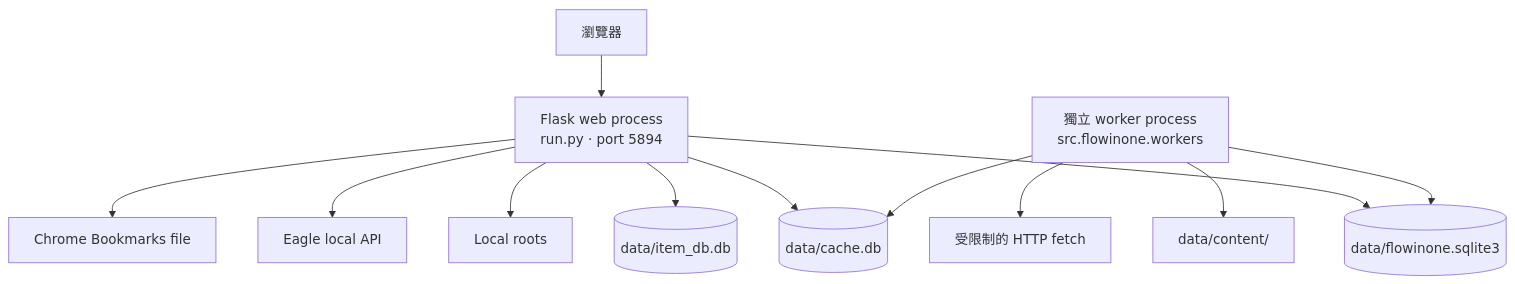
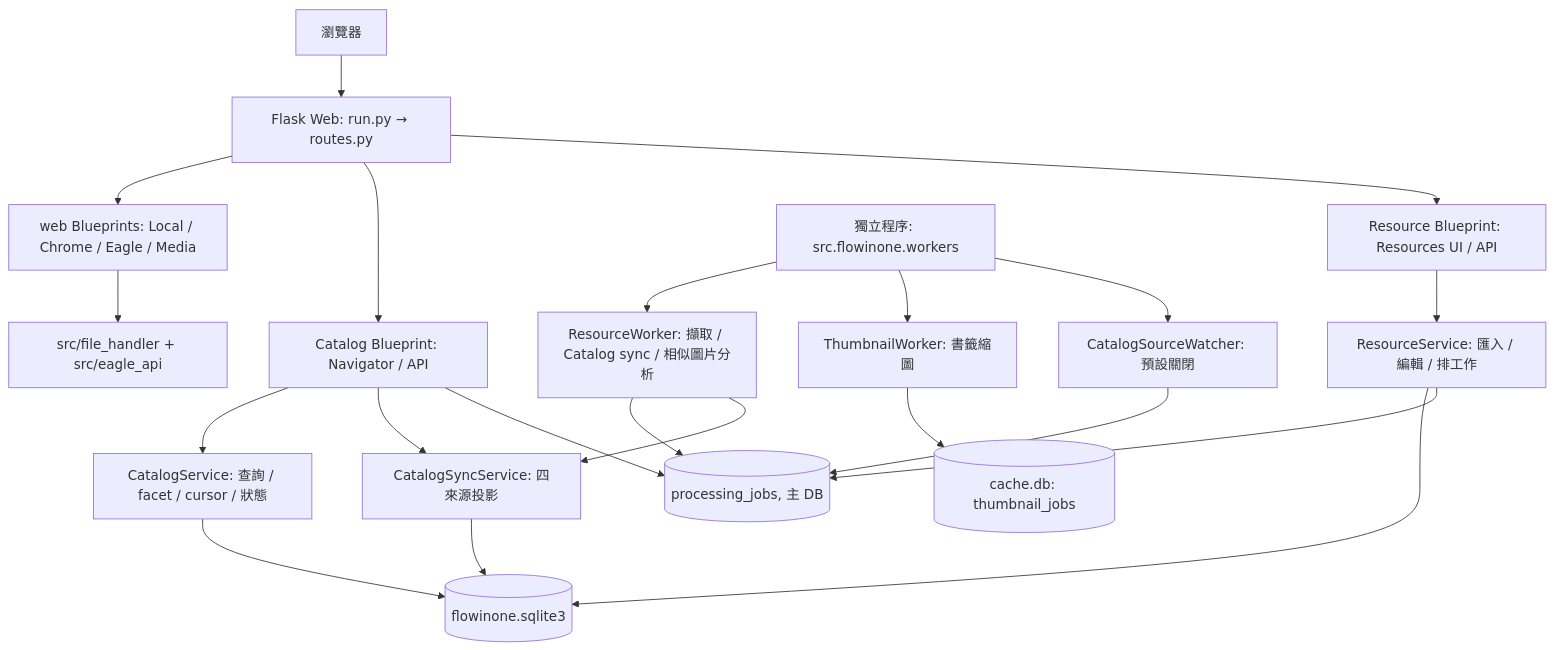
One commit to vecwise/Flowinone changed the second of 3 diagrams in docs/architecture.md. Above: the diagram before and after it, drawn with Mermaid. The commit also changed other lines of this file and 4 other files, not shown here.

````diff
--- a/docs/architecture.md
+++ b/docs/architecture.md
@@ -33,17 +57,25 @@
 ```mermaid
 flowchart TB
-  browser["瀏覽器"] --> web["Flask web process\nrun.py · port 5894"]
-  worker["獨立 worker process\nsrc.flowinone.workers"]
+  Browser["瀏覽器"] --> Flask["Flask Web: run.py → routes.py"]
+  Flask --> SourceBP["web Blueprints: Local / Chrome / Eagle / Media"]
+  Flask --> CatalogBP["Catalog Blueprint: Navigator / API"]
+  Flask --> ResourceBP["Resource Blueprint: Resources UI / API"]
 
-  web --> catalogdb[("data/flowinone.sqlite3")]
-  web --> itemdb[("data/item_db.db")]
-  web --> cachedb[("data/cache.db")]
-  worker --> catalogdb
-  worker --> cachedb
-  worker --> content["data/content/"]
+  SourceBP --> Adapters["src/file_handler + src/eagle_api"]
+  CatalogBP --> CatalogService["CatalogService: 查詢 / facet / cursor / 狀態"]
+  CatalogBP --> SyncService["CatalogSyncService: 四來源投影"]
+  ResourceBP --> ResourceService["ResourceService: 匯入 / 編輯 / 排工作"]
+  CatalogService --> MainDB[("flowinone.sqlite3")]
+  SyncService --> MainDB
+  ResourceService --> MainDB
+  ResourceService --> JobQueue[("processing_jobs, 主 DB")]
+  CatalogBP --> JobQueue
 
-  web --> localfs["Local roots"]
-  web --> eagleapi["Eagle local API"]
-  web --> bookmarks["Chrome Bookmarks file"]
-  worker --> internet["受限制的 HTTP fetch"]
+  Runtime["獨立程序: src.flowinone.workers"] --> ResourceWorker["ResourceWorker: 擷取 / Catalog sync / 相似圖片分析"]
+  Runtime --> ThumbnailWorker["ThumbnailWorker: 書籤縮圖"]
+  Runtime --> Watcher["CatalogSourceWatcher: 預設關閉"]
+  ResourceWorker --> JobQueue
+  ResourceWorker --> SyncService
+  ThumbnailWorker --> CacheDB[("cache.db: thumbnail_jobs")]
+  Watcher --> JobQueue
 ```
````
